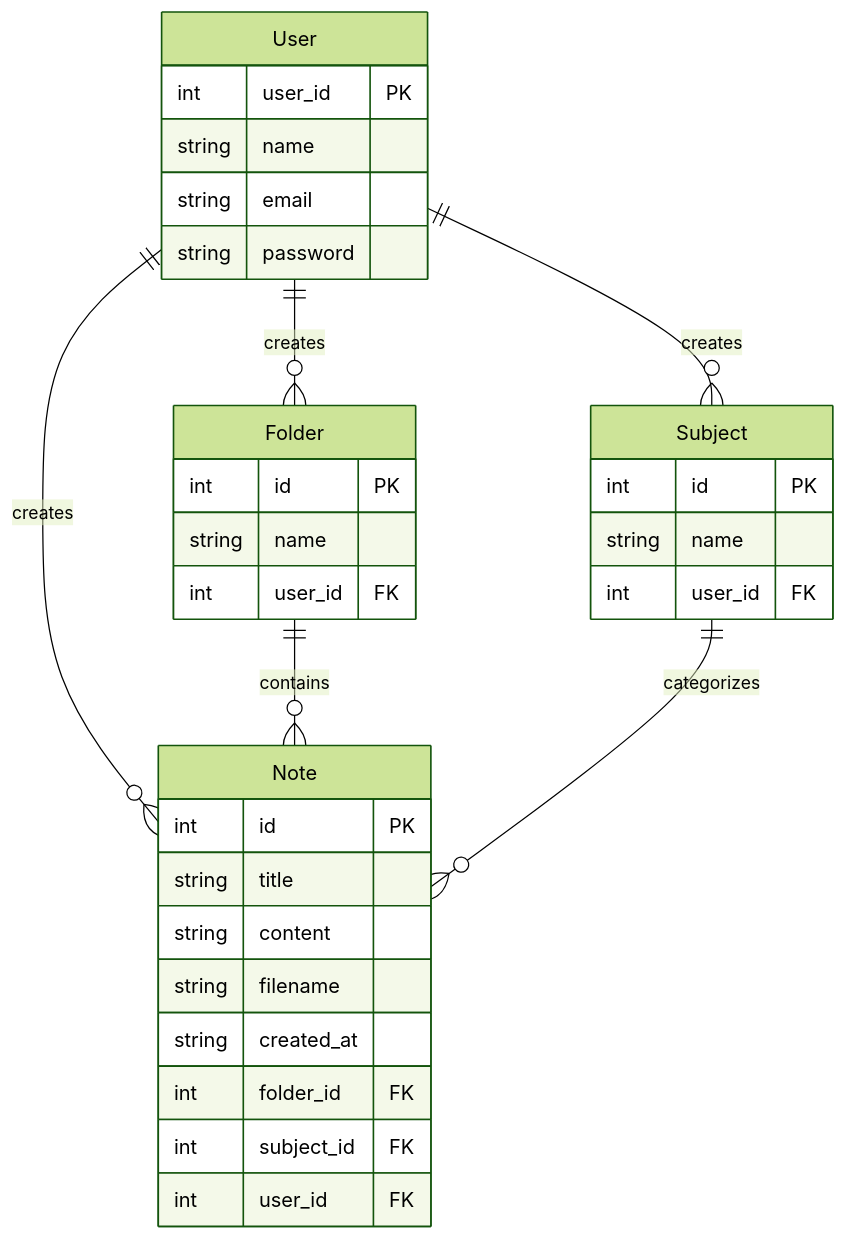
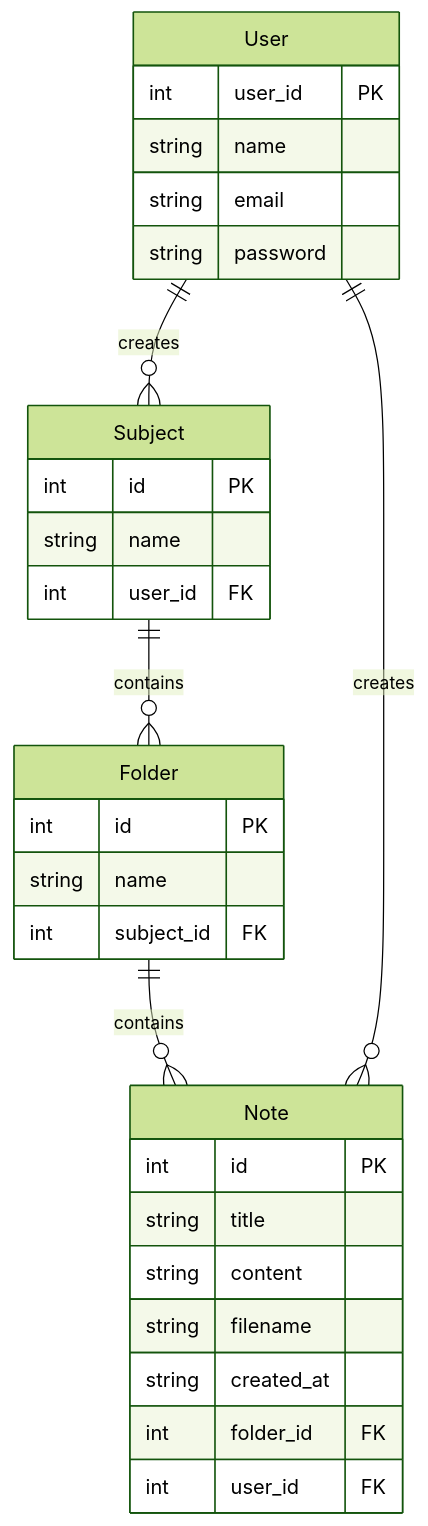
The first of 2 diagrams in notetect_erd.md (jonvicbarcenas/NoteTect), drawn with Mermaid (forest theme) before and after one commit. The commit also changed other lines of this file, not shown here.

Commit message:
docs(project): add notetect erd

````diff
--- a/notetect_erd.md
+++ b/notetect_erd.md
@@ -88,38 +88,37 @@
 ```mermaid
 erDiagram
-    User ||--o{ Folder : creates
     User ||--o{ Subject : creates
+    Subject ||--o{ Folder : contains
+    Folder ||--o{ Note : contains
+    
     User ||--o{ Note : creates
-    Folder ||--o{ Note : contains
-    Subject ||--o{ Note : categorizes
 
     User {
         int user_id PK
         string name
         string email
         string password
     }
 
-    Folder {
+    Subject {
         int id PK
         string name
         int user_id FK
     }
 
-    Subject {
+    Folder {
         int id PK
         string name
-        int user_id FK
+        int subject_id FK
     }
 
     Note {
         int id PK
         string title
         string content
         string filename
         string created_at
         int folder_id FK
-        int subject_id FK
         int user_id FK
     }
 ```
````
